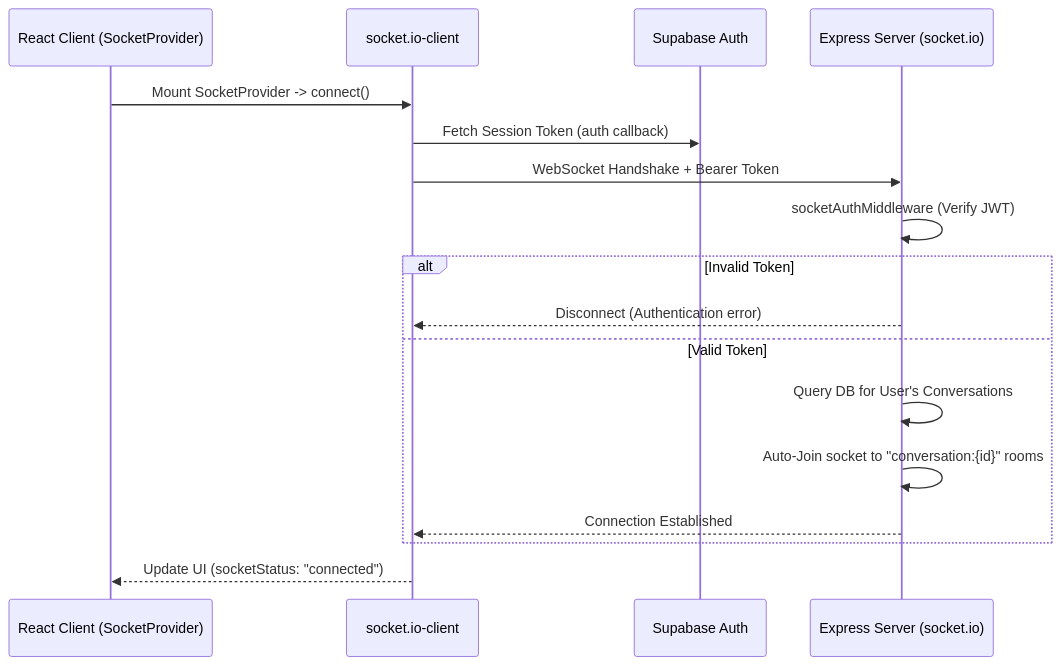
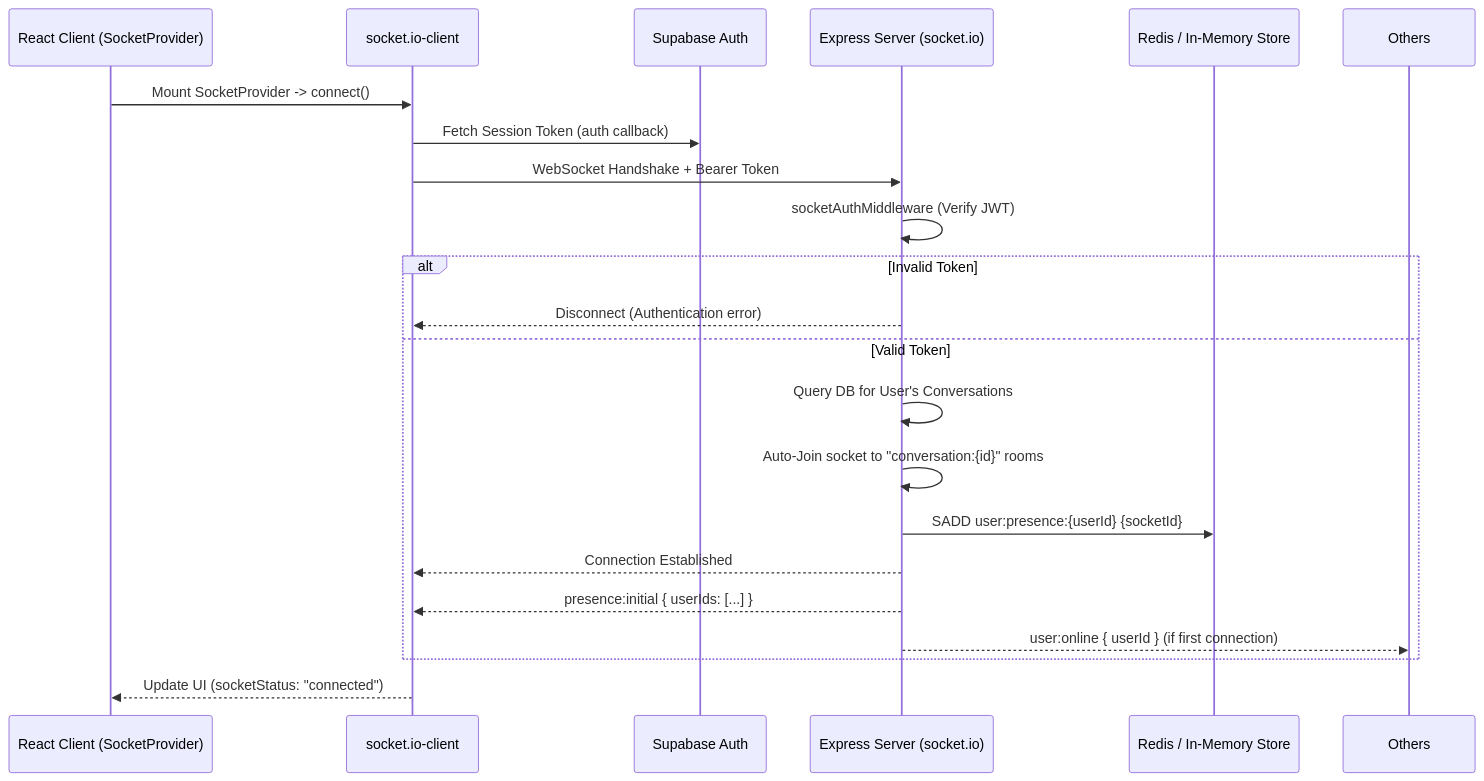
Before and after one commit to Kashyap-empiric/Nexus: the first of 2 diagrams in .docs/modules/socket.md, drawn with Mermaid. The commit also changed other lines of this file and 14 other files, not shown here.

````diff
--- a/.docs/modules/socket.md
+++ b/.docs/modules/socket.md
@@ -11,20 +11,24 @@
 ```mermaid
 sequenceDiagram
     participant Client as React Client (SocketProvider)
     participant SocketLib as socket.io-client
     participant Supabase as Supabase Auth
     participant Server as Express Server (socket.io)
+    participant Redis as Redis / In-Memory Store
 
     Client->>SocketLib: Mount SocketProvider -> connect()
     SocketLib->>Supabase: Fetch Session Token (auth callback)
     SocketLib->>Server: WebSocket Handshake + Bearer Token
     Server->>Server: socketAuthMiddleware (Verify JWT)
     alt Invalid Token
         Server-->>SocketLib: Disconnect (Authentication error)
     else Valid Token
         Server->>Server: Query DB for User's Conversations
         Server->>Server: Auto-Join socket to "conversation:{id}" rooms
+        Server->>Redis: SADD user:presence:{userId} {socketId}
         Server-->>SocketLib: Connection Established
+        Server-->>SocketLib: presence:initial { userIds: [...] }
+        Server-->>Others: user:online { userId } (if first connection)
     end
     SocketLib-->>Client: Update UI (socketStatus: "connected")
 ```
````
